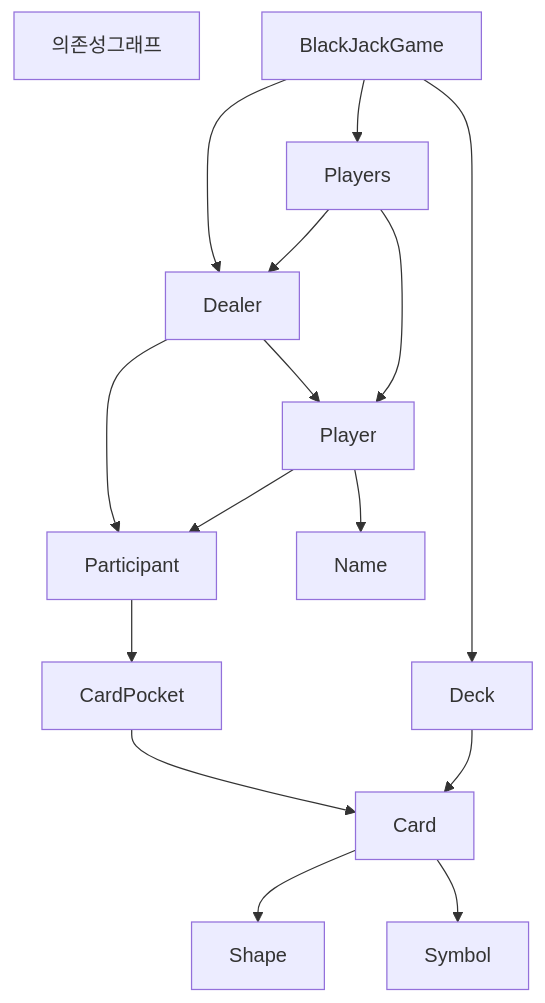
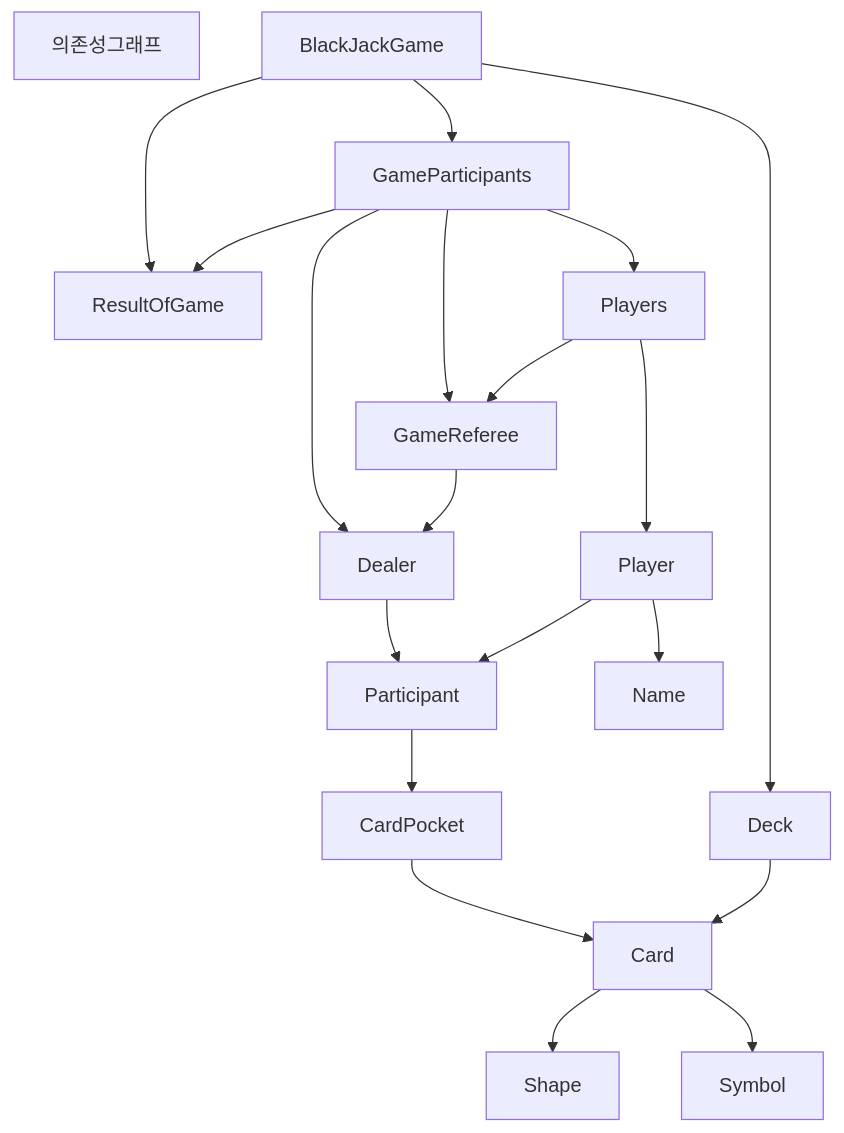
The diagram in README.md (woowacourse/java-blackjack), drawn with Mermaid before and after one commit.

Commit message:
docs: 도메인 의존성 그래프 변경

````diff
--- a/README.md
+++ b/README.md
@@ -9,22 +7,27 @@
 ```mermaid
 graph TD
 의존성그래프
-BlackJackGame --> Players
+BlackJackGame --> GameParticipants
 BlackJackGame --> Deck
-BlackJackGame --> Dealer
+BlackJackGame --> ResultOfGame
+GameParticipants --> Players
+GameParticipants --> GameReferee
+GameParticipants --> Dealer
 
-Players --> Dealer
-Dealer --> Player
+GameReferee --> Dealer
+Players --> GameReferee
+
+GameParticipants --> ResultOfGame
 
 Participant --> CardPocket
 Dealer --> Participant
 Player --> Participant
 
 Players --> Player
 Player --> Name
 CardPocket --> Card
 
 Deck --> Card
 Card --> Shape
 Card --> Symbol
 ```
````
